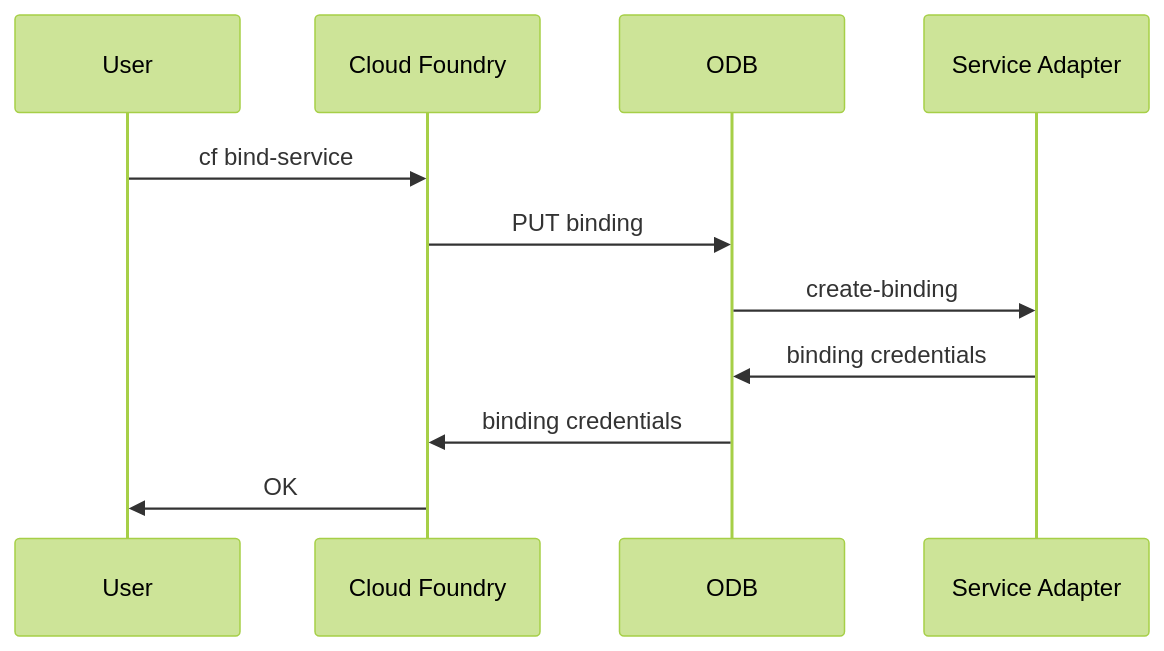
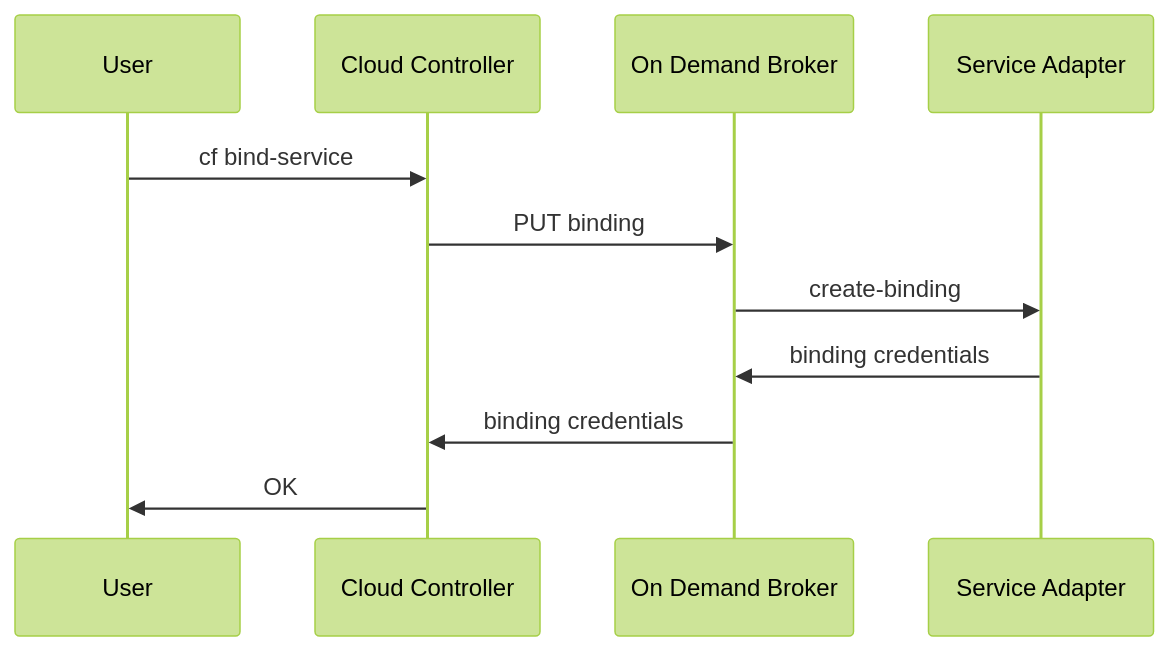
One commit to pivotal-cf/docs-on-demand-service-broker changed the diagram in mmd/bind_service_workflow.mmd. Above: the diagram before and after it, drawn with Mermaid (forest theme). The commit also changed 10 other files, not shown here.

Commit message:
change  to  in sequence diagrams

```diff
--- a/mmd/bind_service_workflow.mmd
+++ b/mmd/bind_service_workflow.mmd
@@ -1,9 +1,9 @@
 <div class="mermaid">
 sequenceDiagram
-  User->>Cloud Foundry:cf bind-service
-  Cloud Foundry->>ODB:PUT binding
-  ODB->>Service Adapter:create-binding
-  Service Adapter->>ODB:binding credentials
-  ODB->>Cloud Foundry:binding credentials
-  Cloud Foundry->>User:OK
+  User->>Cloud Controller:cf bind-service
+  Cloud Controller->>On Demand Broker:PUT binding
+  On Demand Broker->>Service Adapter:create-binding
+  Service Adapter->>On Demand Broker:binding credentials
+  On Demand Broker->>Cloud Controller:binding credentials
+  Cloud Controller->>User:OK
 </div>
```
